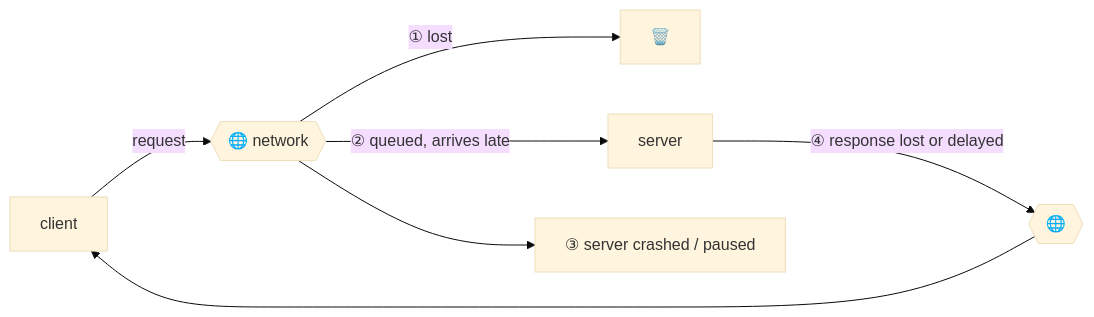
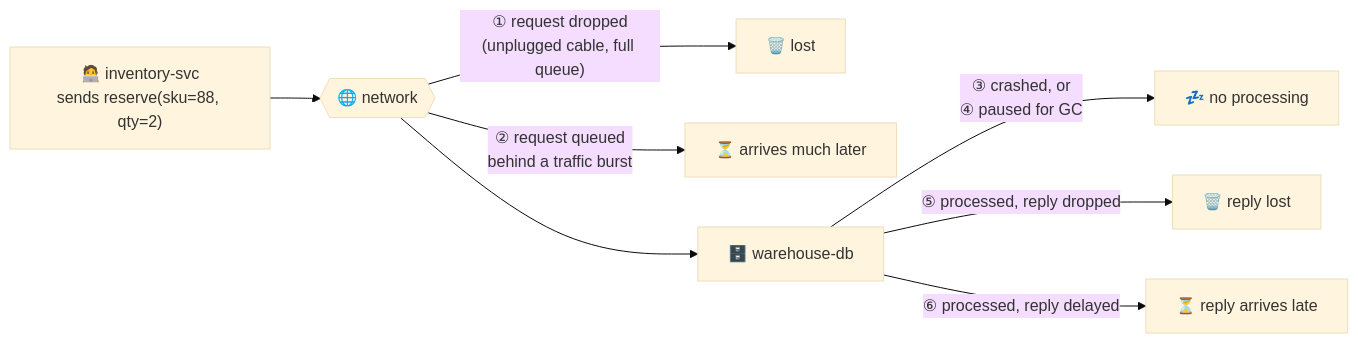
The second of 20 diagrams in docs/chapters/part-2/08-distributed-trouble.mdx (pratikguru998/ddia-book), drawn with Mermaid (base theme) before and after one commit. The commit also changed other lines of this file and 13 other files, not shown here.

Commit message:
Expand all 12 chapters: every book subsection, deeper notes, ~320 diagrams

````diff
--- a/docs/chapters/part-2/08-distributed-trouble.mdx
+++ b/docs/chapters/part-2/08-distributed-trouble.mdx
@@ -32,8 +107,10 @@
 ```mermaid
 flowchart LR
-  C["client"] -->|"request"| N{{"🌐 network"}}
-  N -->|"① lost"| X1["🗑️"]
-  N -->|"② queued, arrives late"| S["server"]
-  N --> S2["③ server crashed / paused"]
-  S -->|"④ response lost or delayed"| N2{{"🌐"}} --> C
+  C["🧑‍💻 inventory-svc<br/>sends reserve(sku=88, qty=2)"] --> N{{"🌐 network"}}
+  N -->|"① request dropped<br/>(unplugged cable, full queue)"| L1["🗑️ lost"]
+  N -->|"② request queued<br/>behind a traffic burst"| W["⏳ arrives much later"]
+  N --> S["🗄️ warehouse-db"]
+  S -->|"③ crashed, or<br/>④ paused for GC"| D["💤 no processing"]
+  S -->|"⑤ processed, reply dropped"| L2["🗑️ reply lost"]
+  S -->|"⑥ processed, reply delayed"| W2["⏳ reply arrives late"]
 ```
````
